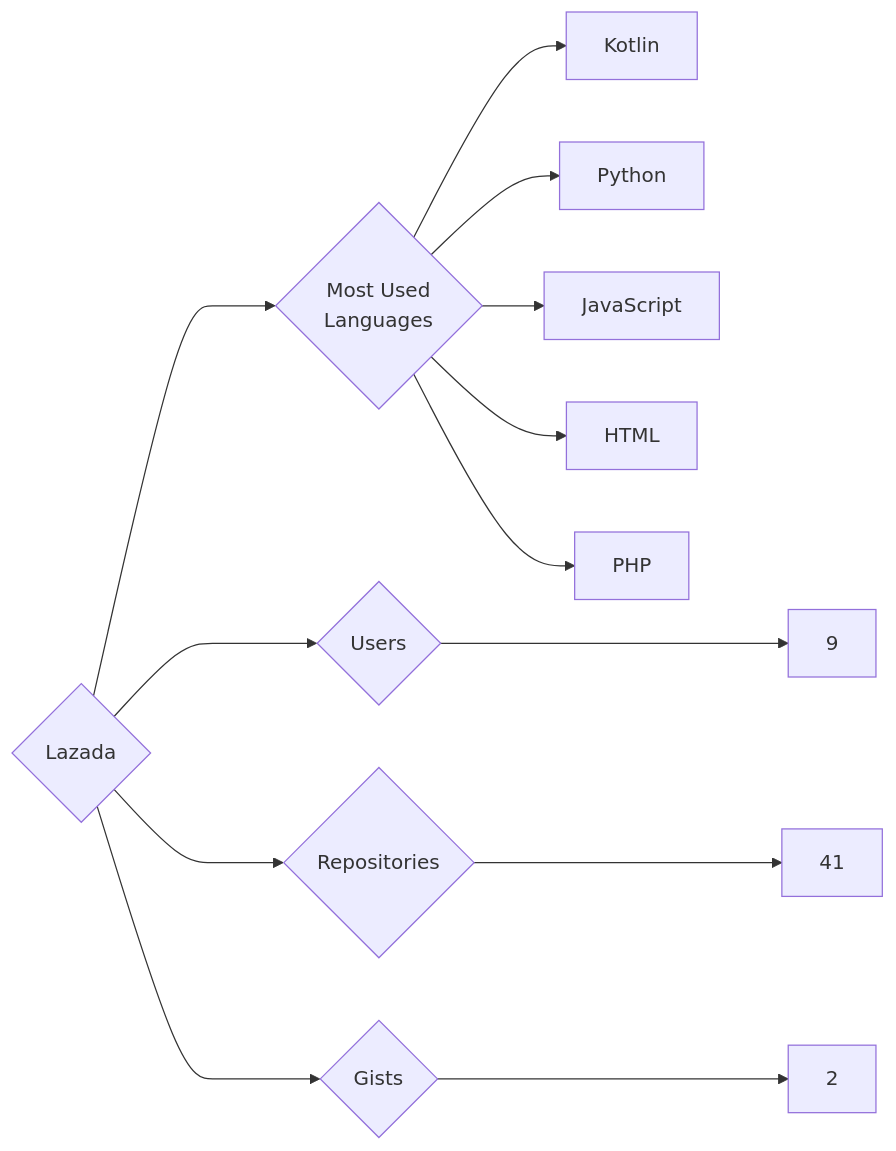
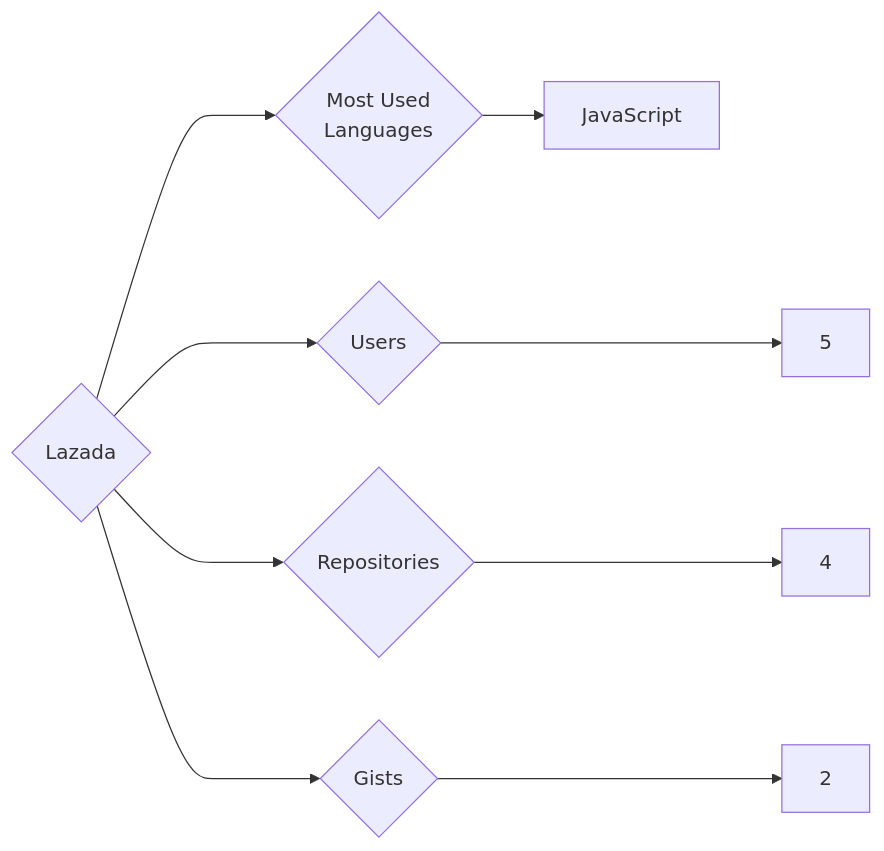
Before and after one commit to trickest/insiders: the diagram in targets/Lazada/README.md, drawn with Mermaid. The commit also changed 636 other files, not shown here.

````diff
--- a/targets/Lazada/README.md
+++ b/targets/Lazada/README.md
@@ -3,13 +3,9 @@
 ```mermaid
 graph LR
 COMPANY_NAME{Lazada}
-COMPANY_NAME ---> U{Users} ---> UN[9]
-COMPANY_NAME ---> R{Repositories} ---> RN[41]
+COMPANY_NAME ---> U{Users} ---> UN[5]
+COMPANY_NAME ---> R{Repositories} ---> RN[4]
 COMPANY_NAME ---> G{Gists} ---> GN[2]
 COMPANY_NAME ---> ML{Most Used<br>Languages}
-ML --> Kotlin[Kotlin]
-ML --> Python[Python]
 ML --> JavaScript[JavaScript]
-ML --> HTML[HTML]
-ML --> PHP[PHP]
 ```
````
